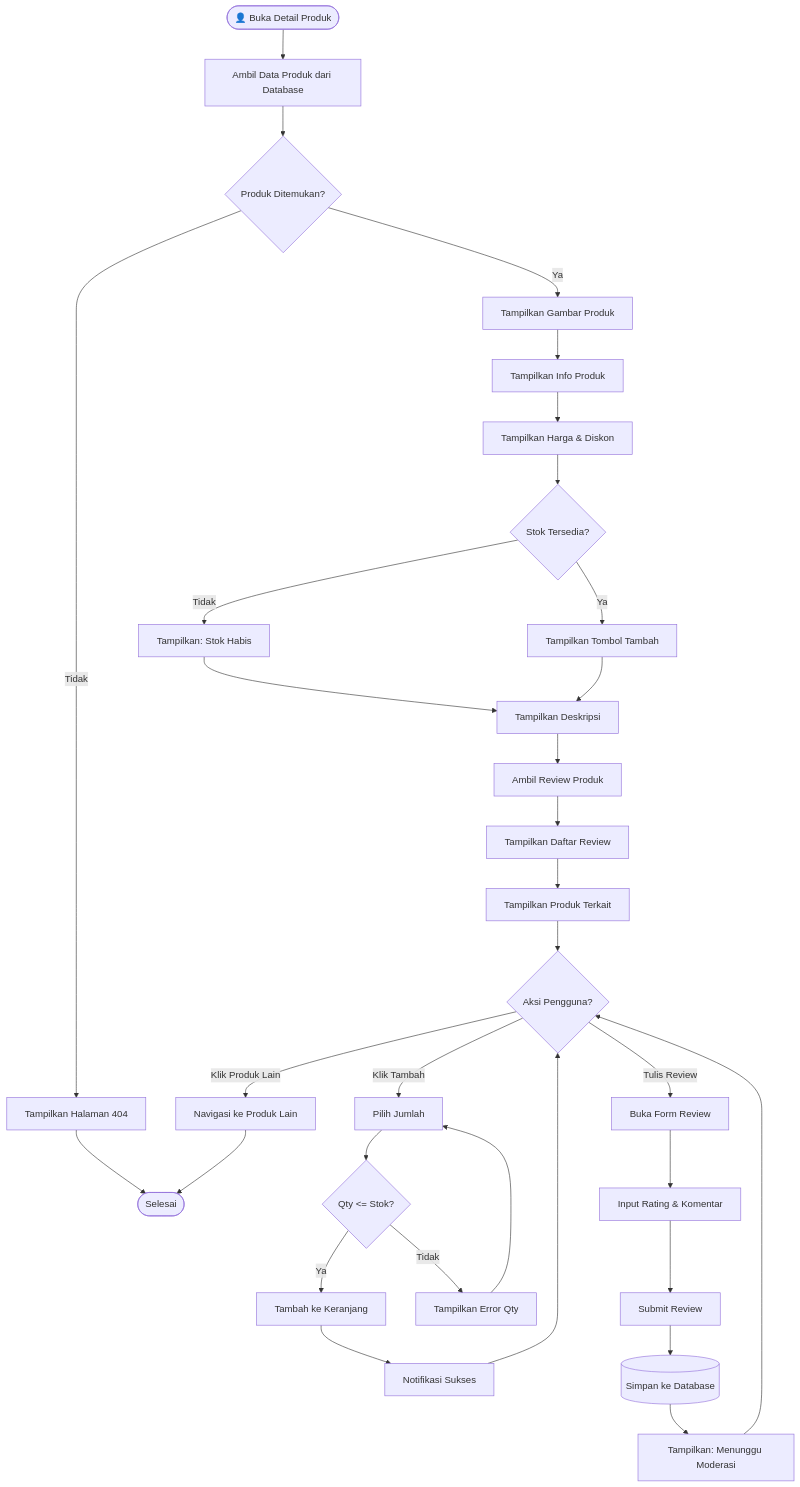
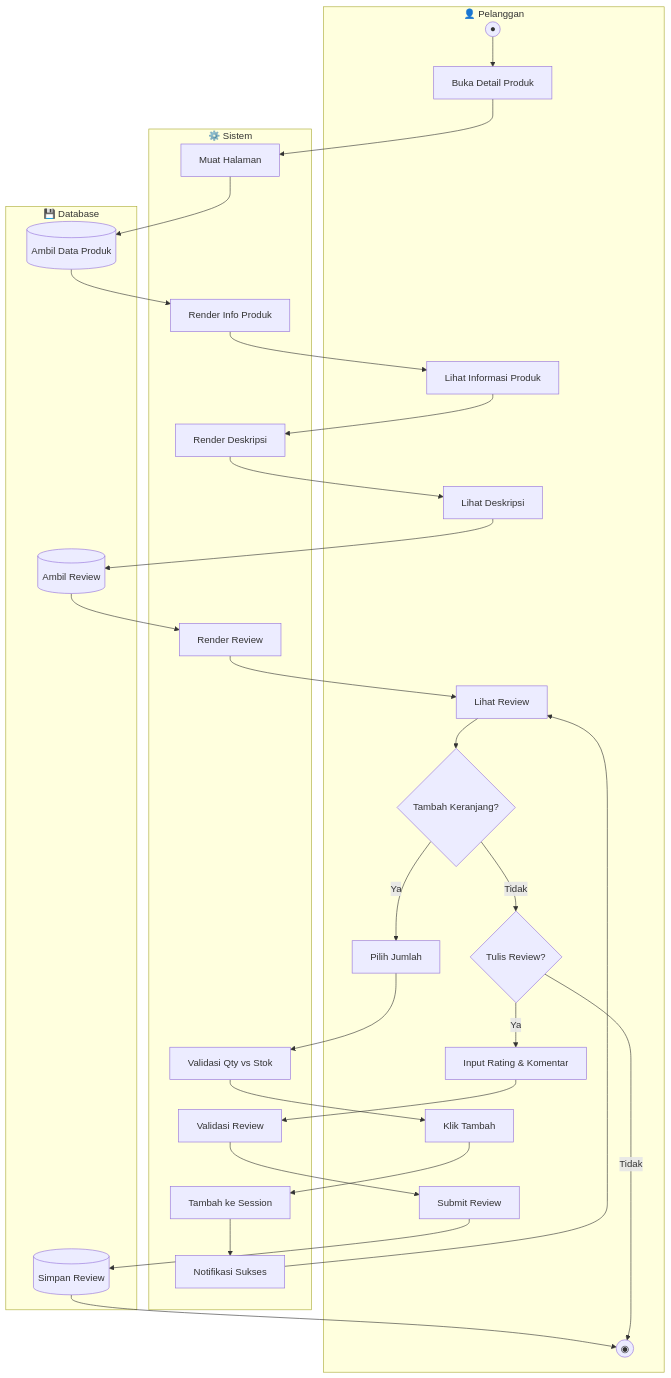
The third of 17 diagrams in docs/ACTIVITY_DIAGRAMS.md (mustarisyahding07-spec/WEBSITE_SKRIPSI_MUSTARI), drawn with Mermaid before and after one commit. The commit also changed other lines of this file, not shown here.

Commit message:
docs: update activity diagrams with swimlane format

````diff
--- a/docs/ACTIVITY_DIAGRAMS.md
+++ b/docs/ACTIVITY_DIAGRAMS.md
@@ -106,41 +146,59 @@
 ```mermaid
 flowchart TD
-    Start([👤 Buka Detail Produk]) --> FetchProduct[Ambil Data Produk dari Database]
-    FetchProduct --> ProductFound{Produk Ditemukan?}
+    subgraph Pelanggan["👤 Pelanggan"]
+        P1((●))
+        P2[Buka Detail Produk]
+        P3[Lihat Informasi Produk]
+        P4[Lihat Deskripsi]
+        P5[Lihat Review]
+        P6{Tambah Keranjang?}
+        P7[Pilih Jumlah]
+        P8[Klik Tambah]
+        P9{Tulis Review?}
+        P10[Input Rating & Komentar]
+        P11[Submit Review]
+        P12((◉))
+    end
     
-    ProductFound -->|Tidak| Show404[Tampilkan Halaman 404]
-    Show404 --> End([Selesai])
+    subgraph Sistem["⚙️ Sistem"]
+        S1[Muat Halaman]
+        S2[Render Info Produk]
+        S3[Render Deskripsi]
+        S4[Render Review]
+        S5[Validasi Qty vs Stok]
+        S6[Tambah ke Session]
+        S7[Notifikasi Sukses]
+        S8[Validasi Review]
+    end
     
-    ProductFound -->|Ya| DisplayImage[Tampilkan Gambar Produk]
-    DisplayImage --> DisplayInfo[Tampilkan Info Produk]
-    DisplayInfo --> DisplayPrice[Tampilkan Harga & Diskon]
-    DisplayPrice --> CheckStock{Stok Tersedia?}
+    subgraph Database["💾 Database"]
+        D1[(Ambil Data Produk)]
+        D2[(Ambil Review)]
+        D3[(Simpan Review)]
+    end
     
-    CheckStock -->|Tidak| ShowOutOfStock[Tampilkan: Stok Habis]
-    CheckStock -->|Ya| ShowAddButton[Tampilkan Tombol Tambah]
-    
-    ShowOutOfStock --> DisplayDescription
-    ShowAddButton --> DisplayDescription[Tampilkan Deskripsi]
-    DisplayDescription --> FetchReviews[Ambil Review Produk]
-    FetchReviews --> DisplayReviews[Tampilkan Daftar Review]
-    DisplayReviews --> DisplayRelated[Tampilkan Produk Terkait]
-    DisplayRelated --> UserAction{Aksi Pengguna?}
-    
-    UserAction -->|Klik Tambah| SelectQty[Pilih Jumlah]
-    SelectQty --> ValidateQty{Qty <= Stok?}
-    ValidateQty -->|Ya| AddToCart[Tambah ke Keranjang]
-    ValidateQty -->|Tidak| ShowError[Tampilkan Error Qty]
-    ShowError --> SelectQty
-    AddToCart --> ShowSuccess[Notifikasi Sukses]
-    ShowSuccess --> UserAction
-    
-    UserAction -->|Tulis Review| OpenReviewForm[Buka Form Review]
-    OpenReviewForm --> InputReview[Input Rating & Komentar]
-    InputReview --> SubmitReview[Submit Review]
-    SubmitReview --> SaveReview[(Simpan ke Database)]
-    SaveReview --> ShowPending[Tampilkan: Menunggu Moderasi]
-    ShowPending --> UserAction
-    
-    UserAction -->|Klik Produk Lain| GoToOther[Navigasi ke Produk Lain]
-    GoToOther --> End
+    P1 --> P2
+    P2 --> S1
+    S1 --> D1
+    D1 --> S2
+    S2 --> P3
+    P3 --> S3
+    S3 --> P4
+    P4 --> D2
+    D2 --> S4
+    S4 --> P5
+    P5 --> P6
+    P6 -->|Ya| P7
+    P7 --> S5
+    S5 --> P8
+    P8 --> S6
+    S6 --> S7
+    S7 --> P5
+    P6 -->|Tidak| P9
+    P9 -->|Ya| P10
+    P10 --> S8
+    S8 --> P11
+    P11 --> D3
+    D3 --> P12
+    P9 -->|Tidak| P12
 ```
````
